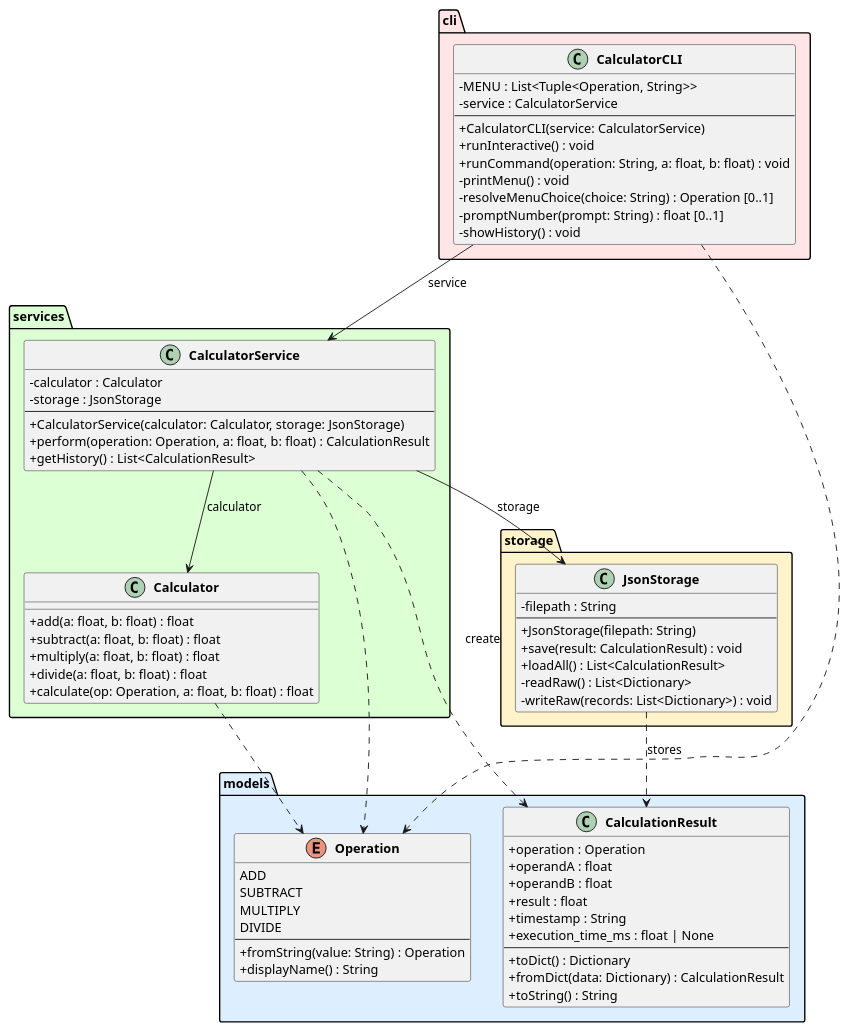
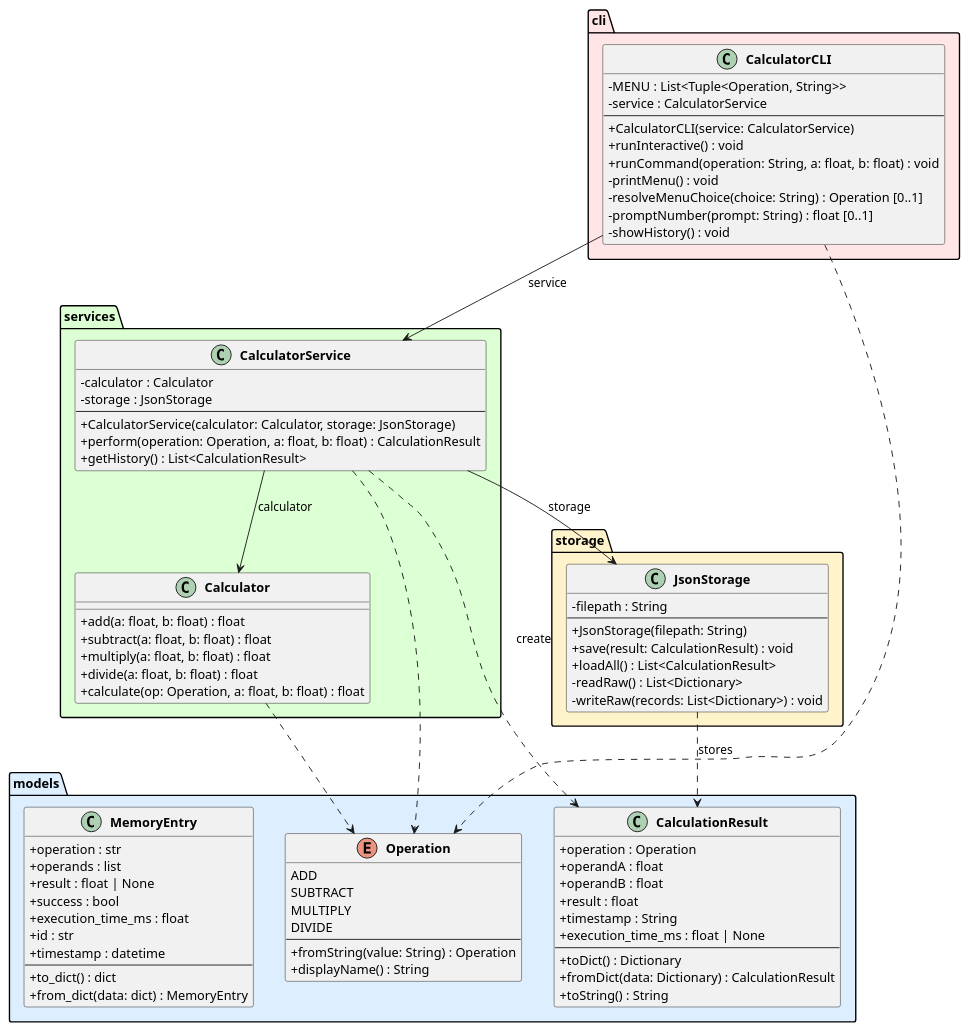
One commit to DanielRiha8906/Software_autoevolution_using_agents changed the diagram in experiments/supervisor_as_tools/test_driven/calculator/artifacts/class_diagram.puml. Above: the diagram before and after it, drawn with PlantUML. The commit also changed 5 other files, not shown here.

```diff
--- a/experiments/supervisor_as_tools/test_driven/calculator/artifacts/class_diagram.puml
+++ b/experiments/supervisor_as_tools/test_driven/calculator/artifacts/class_diagram.puml
@@ -1,87 +1,100 @@
 @startuml class_diagram
 
 skinparam classAttributeIconSize 0
 skinparam classFontStyle bold
 
 package "models" #DDEEFF {
     enum Operation {
         ADD
         SUBTRACT
         MULTIPLY
         DIVIDE
         --
         +fromString(value: String) : Operation
         +displayName() : String
     }
 
     class CalculationResult {
         +operation : Operation
         +operandA : float
         +operandB : float
         +result : float
         +timestamp : String
         +execution_time_ms : float | None
         --
         +toDict() : Dictionary
         +fromDict(data: Dictionary) : CalculationResult
         +toString() : String
+    }
+
+    class MemoryEntry {
+        +operation : str
+        +operands : list
+        +result : float | None
+        +success : bool
+        +execution_time_ms : float
+        +id : str
+        +timestamp : datetime
+        --
+        +to_dict() : dict
+        +from_dict(data: dict) : MemoryEntry
     }
 }
 
 package "services" #DDFFD4 {
     class Calculator {
         +add(a: float, b: float) : float
         +subtract(a: float, b: float) : float
         +multiply(a: float, b: float) : float
         +divide(a: float, b: float) : float
         +calculate(op: Operation, a: float, b: float) : float
     }
 
     class CalculatorService {
         -calculator : Calculator
         -storage : JsonStorage
         --
         +CalculatorService(calculator: Calculator, storage: JsonStorage)
         +perform(operation: Operation, a: float, b: float) : CalculationResult
         +getHistory() : List<CalculationResult>
     }
 }
 
 package "storage" #FFF3CC {
     class JsonStorage {
         -filepath : String
         --
         +JsonStorage(filepath: String)
         +save(result: CalculationResult) : void
         +loadAll() : List<CalculationResult>
         -readRaw() : List<Dictionary>
         -writeRaw(records: List<Dictionary>) : void
     }
 }
 
 package "cli" #FFE5E5 {
     class CalculatorCLI {
         -MENU : List<Tuple<Operation, String>>
         -service : CalculatorService
         --
         +CalculatorCLI(service: CalculatorService)
         +runInteractive() : void
         +runCommand(operation: String, a: float, b: float) : void
         -printMenu() : void
         -resolveMenuChoice(choice: String) : Operation [0..1]
         -promptNumber(prompt: String) : float [0..1]
         -showHistory() : void
     }
 }
 
 CalculatorCLI --> CalculatorService : service
 CalculatorService --> Calculator : calculator
 CalculatorService --> JsonStorage : storage
 
 CalculatorService ..> CalculationResult : create
 CalculatorService ..> Operation
 CalculatorCLI ..> Operation
 Calculator ..> Operation
 JsonStorage ..> CalculationResult : stores
 
 @enduml
```
